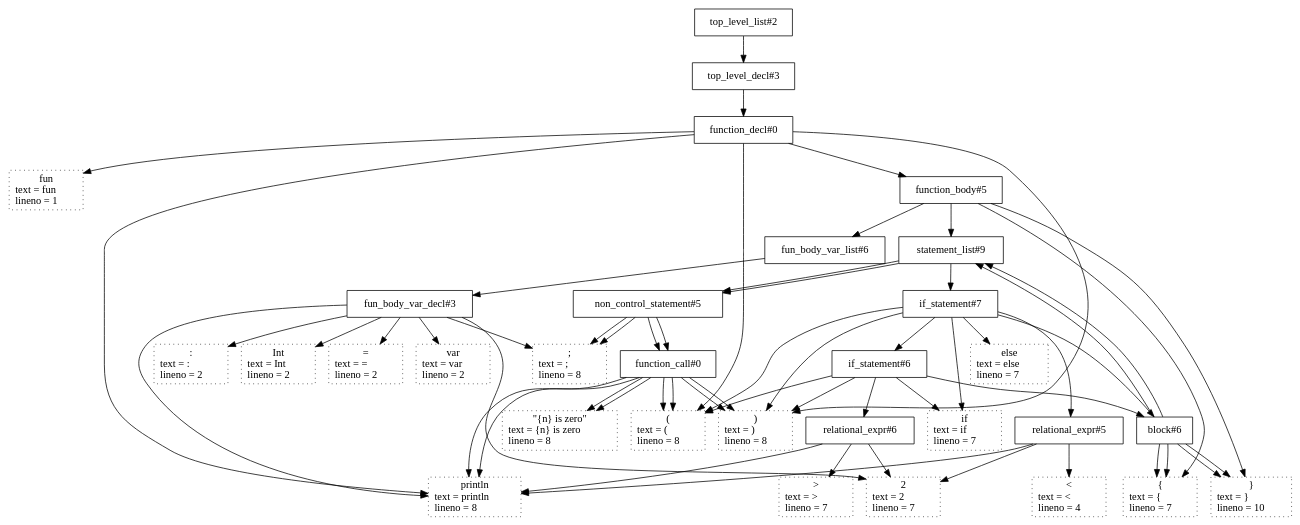
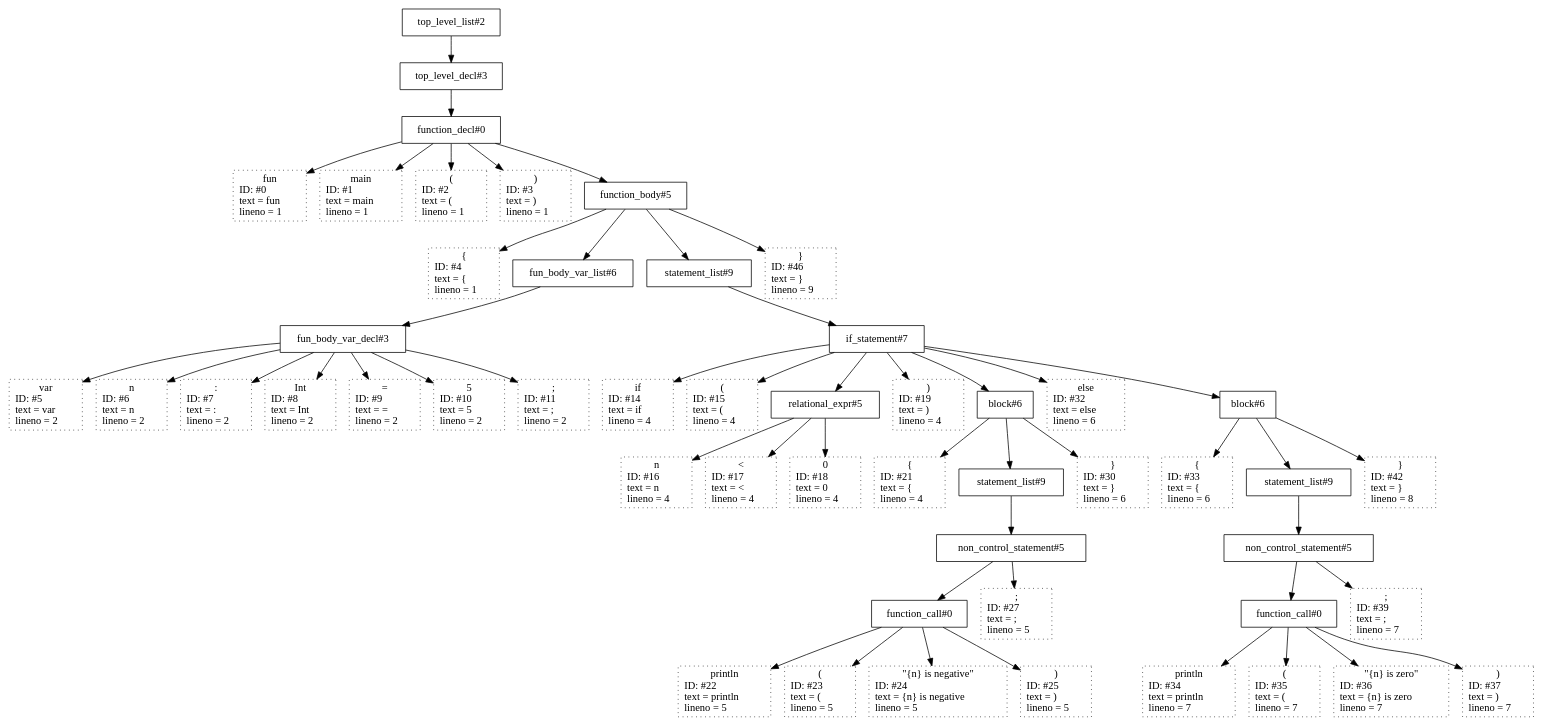
Before and after one commit to JaxenBujy/k0_compiler_group: the diagram in hello_world.kt_tree.dot, drawn with Graphviz. The commit also changed 34 other files, not shown here.

```diff
--- a/hello_world.kt_tree.dot
+++ b/hello_world.kt_tree.dot
@@ -1,119 +1,103 @@
 digraph {
-N502 [shape=box label="top_level_list#2"];
-N502 -> N503;
-N503 [shape=box label="top_level_decl#3"];
-N503 -> N540;
-N540 [shape=box label="function_decl#0"];
-N540 -> N264;
-N264 [shape=box style=dotted label=" fun \n text = fun \l lineno = 1 \l"];
-N540 -> N324;
-N324 [shape=box style=dotted label=" main \n text = main \l lineno = 1 \l"];
-N540 -> N311;
-N311 [shape=box style=dotted label=" ( \n text = ( \l lineno = 1 \l"];
-N540 -> N312;
-N312 [shape=box style=dotted label=" ) \n text = ) \l lineno = 1 \l"];
-N540 -> N545;
-N545 [shape=box label="function_body#5"];
-N545 -> N315;
-N315 [shape=box style=dotted label=" { \n text = { \l lineno = 1 \l"];
-N545 -> N546;
-N546 [shape=box label="fun_body_var_list#6"];
-N546 -> N533;
-N533 [shape=box label="fun_body_var_decl#3"];
-N533 -> N271;
-N271 [shape=box style=dotted label=" var \n text = var \l lineno = 2 \l"];
-N533 -> N324;
-N324 [shape=box style=dotted label=" n \n text = n \l lineno = 2 \l"];
-N533 -> N317;
-N317 [shape=box style=dotted label=" : \n text = : \l lineno = 2 \l"];
-N533 -> N327;
-N327 [shape=box style=dotted label=" Int \n text = Int \l lineno = 2 \l"];
-N533 -> N280;
-N280 [shape=box style=dotted label=" = \n text = = \l lineno = 2 \l"];
-N533 -> N319;
-N319 [shape=box style=dotted label=" 5 \n text = 5 \l lineno = 2 \l"];
-N533 -> N314;
-N314 [shape=box style=dotted label=" ; \n text = ; \l lineno = 2 \l"];
-N545 -> N549;
-N549 [shape=box label="statement_list#9"];
-N549 -> N607;
-N607 [shape=box label="if_statement#7"];
-N607 -> N265;
-N265 [shape=box style=dotted label=" if \n text = if \l lineno = 4 \l"];
-N607 -> N311;
-N311 [shape=box style=dotted label=" ( \n text = ( \l lineno = 4 \l"];
-N607 -> N565;
-N565 [shape=box label="relational_expr#5"];
-N565 -> N324;
-N324 [shape=box style=dotted label=" n \n text = n \l lineno = 4 \l"];
-N565 -> N294;
-N294 [shape=box style=dotted label=" < \n text = < \l lineno = 4 \l"];
-N565 -> N319;
-N319 [shape=box style=dotted label=" 0 \n text = 0 \l lineno = 4 \l"];
-N607 -> N312;
-N312 [shape=box style=dotted label=" ) \n text = ) \l lineno = 4 \l"];
-N607 -> N596;
-N596 [shape=box label="block#6"];
-N596 -> N315;
-N315 [shape=box style=dotted label=" { \n text = { \l lineno = 4 \l"];
-N596 -> N549;
-N549 [shape=box label="statement_list#9"];
-N549 -> N555;
-N555 [shape=box label="non_control_statement#5"];
-N555 -> N590;
-N590 [shape=box label="function_call#0"];
-N590 -> N324;
-N324 [shape=box style=dotted label=" println \n text = println \l lineno = 5 \l"];
-N590 -> N311;
-N311 [shape=box style=dotted label=" ( \n text = ( \l lineno = 5 \l"];
-N590 -> N321;
-N321 [shape=box style=dotted label=" \"{n} is negative\" \n text = {n} is negative \l lineno = 5 \l"];
-N590 -> N312;
-N312 [shape=box style=dotted label=" ) \n text = ) \l lineno = 5 \l"];
-N555 -> N314;
-N314 [shape=box style=dotted label=" ; \n text = ; \l lineno = 5 \l"];
-N596 -> N316;
-N316 [shape=box style=dotted label=" } \n text = } \l lineno = 6 \l"];
-N607 -> N261;
-N261 [shape=box style=dotted label=" else \n text = else \l lineno = 7 \l"];
-N607 -> N606;
-N606 [shape=box label="if_statement#6"];
-N606 -> N265;
-N265 [shape=box style=dotted label=" if \n text = if \l lineno = 7 \l"];
-N606 -> N311;
-N311 [shape=box style=dotted label=" ( \n text = ( \l lineno = 7 \l"];
-N606 -> N566;
-N566 [shape=box label="relational_expr#6"];
-N566 -> N324;
-N324 [shape=box style=dotted label=" n \n text = n \l lineno = 7 \l"];
-N566 -> N293;
-N293 [shape=box style=dotted label=" > \n text = > \l lineno = 7 \l"];
-N566 -> N319;
-N319 [shape=box style=dotted label=" 2 \n text = 2 \l lineno = 7 \l"];
-N606 -> N312;
-N312 [shape=box style=dotted label=" ) \n text = ) \l lineno = 7 \l"];
-N606 -> N596;
-N596 [shape=box label="block#6"];
-N596 -> N315;
-N315 [shape=box style=dotted label=" { \n text = { \l lineno = 7 \l"];
-N596 -> N549;
-N549 [shape=box label="statement_list#9"];
-N549 -> N555;
-N555 [shape=box label="non_control_statement#5"];
-N555 -> N590;
-N590 [shape=box label="function_call#0"];
-N590 -> N324;
-N324 [shape=box style=dotted label=" println \n text = println \l lineno = 8 \l"];
-N590 -> N311;
-N311 [shape=box style=dotted label=" ( \n text = ( \l lineno = 8 \l"];
-N590 -> N321;
-N321 [shape=box style=dotted label=" \"{n} is zero\" \n text = {n} is zero \l lineno = 8 \l"];
-N590 -> N312;
-N312 [shape=box style=dotted label=" ) \n text = ) \l lineno = 8 \l"];
-N555 -> N314;
-N314 [shape=box style=dotted label=" ; \n text = ; \l lineno = 8 \l"];
-N596 -> N316;
-N316 [shape=box style=dotted label=" } \n text = } \l lineno = 9 \l"];
-N545 -> N316;
-N316 [shape=box style=dotted label=" } \n text = } \l lineno = 10 \l"];
+N50 [shape=box label="top_level_list#2"];
+N50 -> N49;
+N49 [shape=box label="top_level_decl#3"];
+N49 -> N48;
+N48 [shape=box label="function_decl#0"];
+N48 -> N0;
+N0 [shape=box style=dotted label=" fun \n ID: #0 \l text = fun \l lineno = 1\l"];
+N48 -> N1;
+N1 [shape=box style=dotted label=" main \n ID: #1 \l text = main \l lineno = 1\l"];
+N48 -> N2;
+N2 [shape=box style=dotted label=" ( \n ID: #2 \l text = ( \l lineno = 1\l"];
+N48 -> N3;
+N3 [shape=box style=dotted label=" ) \n ID: #3 \l text = ) \l lineno = 1\l"];
+N48 -> N47;
+N47 [shape=box label="function_body#5"];
+N47 -> N4;
+N4 [shape=box style=dotted label=" { \n ID: #4 \l text = { \l lineno = 1\l"];
+N47 -> N13;
+N13 [shape=box label="fun_body_var_list#6"];
+N13 -> N12;
+N12 [shape=box label="fun_body_var_decl#3"];
+N12 -> N5;
+N5 [shape=box style=dotted label=" var \n ID: #5 \l text = var \l lineno = 2\l"];
+N12 -> N6;
+N6 [shape=box style=dotted label=" n \n ID: #6 \l text = n \l lineno = 2\l"];
+N12 -> N7;
+N7 [shape=box style=dotted label=" : \n ID: #7 \l text = : \l lineno = 2\l"];
+N12 -> N8;
+N8 [shape=box style=dotted label=" Int \n ID: #8 \l text = Int \l lineno = 2\l"];
+N12 -> N9;
+N9 [shape=box style=dotted label=" = \n ID: #9 \l text = = \l lineno = 2\l"];
+N12 -> N10;
+N10 [shape=box style=dotted label=" 5 \n ID: #10 \l text = 5 \l lineno = 2\l"];
+N12 -> N11;
+N11 [shape=box style=dotted label=" ; \n ID: #11 \l text = ; \l lineno = 2\l"];
+N47 -> N45;
+N45 [shape=box label="statement_list#9"];
+N45 -> N44;
+N44 [shape=box label="if_statement#7"];
+N44 -> N14;
+N14 [shape=box style=dotted label=" if \n ID: #14 \l text = if \l lineno = 4\l"];
+N44 -> N15;
+N15 [shape=box style=dotted label=" ( \n ID: #15 \l text = ( \l lineno = 4\l"];
+N44 -> N20;
+N20 [shape=box label="relational_expr#5"];
+N20 -> N16;
+N16 [shape=box style=dotted label=" n \n ID: #16 \l text = n \l lineno = 4\l"];
+N20 -> N17;
+N17 [shape=box style=dotted label=" < \n ID: #17 \l text = < \l lineno = 4\l"];
+N20 -> N18;
+N18 [shape=box style=dotted label=" 0 \n ID: #18 \l text = 0 \l lineno = 4\l"];
+N44 -> N19;
+N19 [shape=box style=dotted label=" ) \n ID: #19 \l text = ) \l lineno = 4\l"];
+N44 -> N31;
+N31 [shape=box label="block#6"];
+N31 -> N21;
+N21 [shape=box style=dotted label=" { \n ID: #21 \l text = { \l lineno = 4\l"];
+N31 -> N29;
+N29 [shape=box label="statement_list#9"];
+N29 -> N28;
+N28 [shape=box label="non_control_statement#5"];
+N28 -> N26;
+N26 [shape=box label="function_call#0"];
+N26 -> N22;
+N22 [shape=box style=dotted label=" println \n ID: #22 \l text = println \l lineno = 5\l"];
+N26 -> N23;
+N23 [shape=box style=dotted label=" ( \n ID: #23 \l text = ( \l lineno = 5\l"];
+N26 -> N24;
+N24 [shape=box style=dotted label=" \"{n} is negative\" \n ID: #24 \l text = {n} is negative \l lineno = 5\l"];
+N26 -> N25;
+N25 [shape=box style=dotted label=" ) \n ID: #25 \l text = ) \l lineno = 5\l"];
+N28 -> N27;
+N27 [shape=box style=dotted label=" ; \n ID: #27 \l text = ; \l lineno = 5\l"];
+N31 -> N30;
+N30 [shape=box style=dotted label=" } \n ID: #30 \l text = } \l lineno = 6\l"];
+N44 -> N32;
+N32 [shape=box style=dotted label=" else \n ID: #32 \l text = else \l lineno = 6\l"];
+N44 -> N43;
+N43 [shape=box label="block#6"];
+N43 -> N33;
+N33 [shape=box style=dotted label=" { \n ID: #33 \l text = { \l lineno = 6\l"];
+N43 -> N41;
+N41 [shape=box label="statement_list#9"];
+N41 -> N40;
+N40 [shape=box label="non_control_statement#5"];
+N40 -> N38;
+N38 [shape=box label="function_call#0"];
+N38 -> N34;
+N34 [shape=box style=dotted label=" println \n ID: #34 \l text = println \l lineno = 7\l"];
+N38 -> N35;
+N35 [shape=box style=dotted label=" ( \n ID: #35 \l text = ( \l lineno = 7\l"];
+N38 -> N36;
+N36 [shape=box style=dotted label=" \"{n} is zero\" \n ID: #36 \l text = {n} is zero \l lineno = 7\l"];
+N38 -> N37;
+N37 [shape=box style=dotted label=" ) \n ID: #37 \l text = ) \l lineno = 7\l"];
+N40 -> N39;
+N39 [shape=box style=dotted label=" ; \n ID: #39 \l text = ; \l lineno = 7\l"];
+N43 -> N42;
+N42 [shape=box style=dotted label=" } \n ID: #42 \l text = } \l lineno = 8\l"];
+N47 -> N46;
+N46 [shape=box style=dotted label=" } \n ID: #46 \l text = } \l lineno = 9\l"];
 }
```
